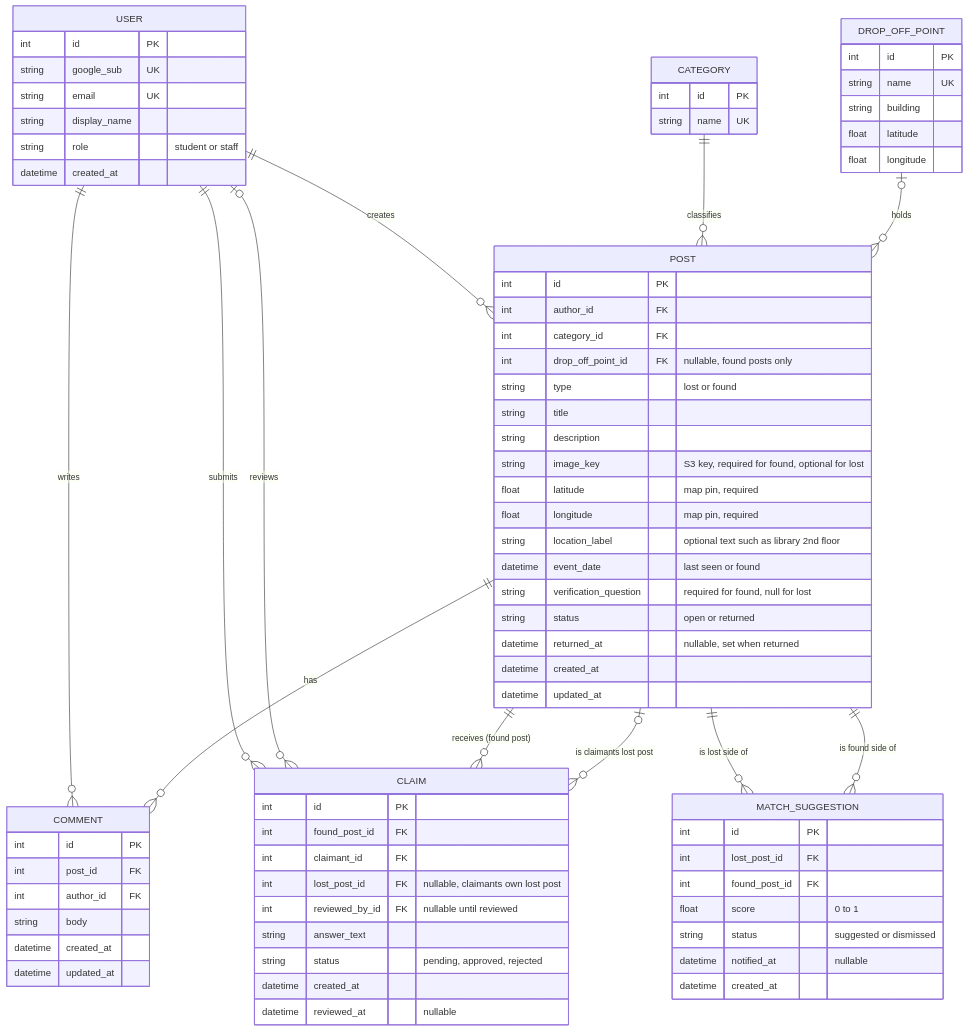
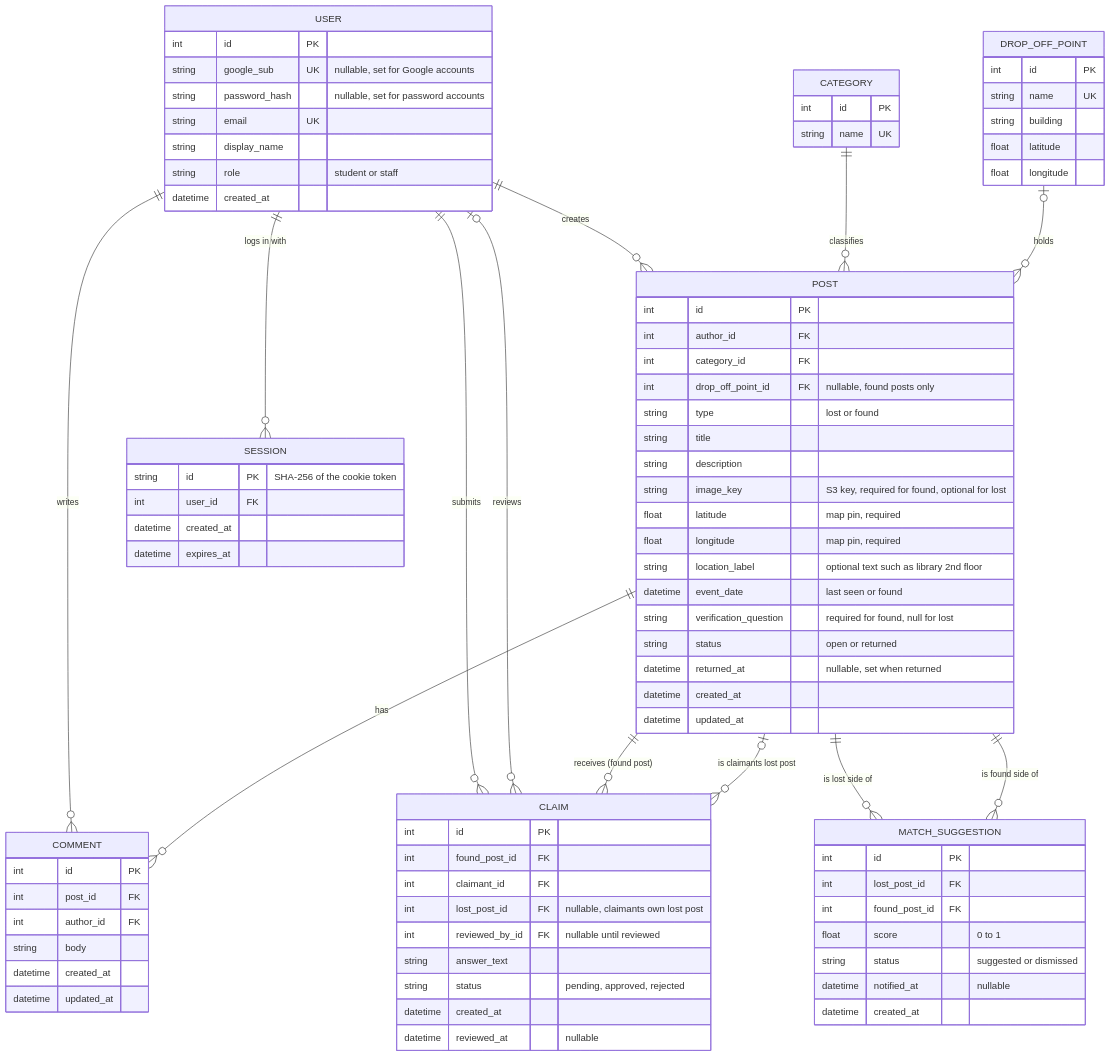
Before and after one commit to arkkk0/FoundIt: the diagram in docs/ERD.md, drawn with Mermaid. The commit also changed 4 other files, not shown here.

Commit message:
Add auth tests and update ERD with sessions and password_hash

````diff
--- a/docs/ERD.md
+++ b/docs/ERD.md
@@ -3,6 +3,7 @@
 ```mermaid
 erDiagram
     USER ||--o{ POST : "creates"
+    USER ||--o{ SESSION : "logs in with"
     USER ||--o{ COMMENT : "writes"
     USER ||--o{ CLAIM : "submits"
     USER |o--o{ CLAIM : "reviews"
@@ -16,11 +17,18 @@
 
     USER {
         int id PK
-        string google_sub UK
+        string google_sub UK "nullable, set for Google accounts"
+        string password_hash "nullable, set for password accounts"
         string email UK
         string display_name
         string role "student or staff"
         datetime created_at
+    }
+    SESSION {
+        string id PK "SHA-256 of the cookie token"
+        int user_id FK
+        datetime created_at
+        datetime expires_at
     }
     CATEGORY {
         int id PK
````
